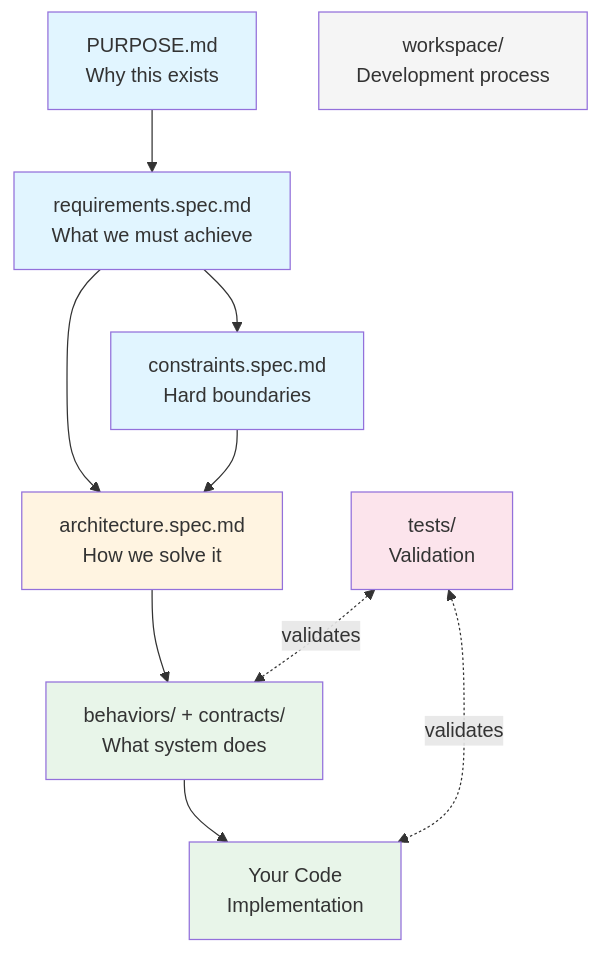
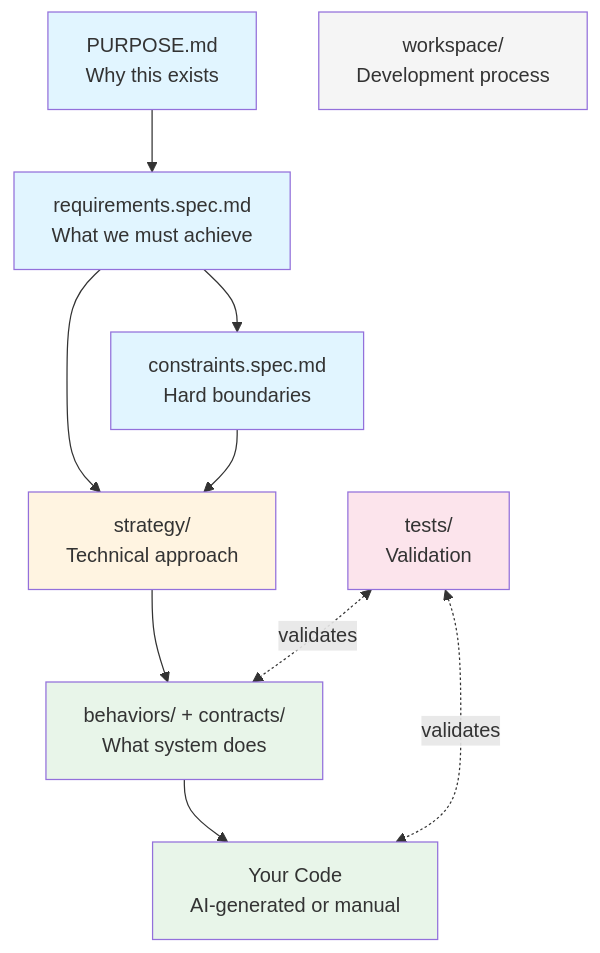
One commit to chrs-myrs/livespec changed the first of 3 diagrams in README.md. Above: the diagram before and after it, drawn with Mermaid. The commit also changed other lines of this file and 1 other file, not shown here.

First line of the commit message:
Enhance README - highlight AI code generation and simplify diagrams

````diff
--- a/README.md
+++ b/README.md
@@ -33,37 +33,37 @@
 ```mermaid
 graph TD
     %% Main Vertical Flow
     PURPOSE[PURPOSE.md<br/>Why this exists]
     REQUIREMENTS[requirements.spec.md<br/>What we must achieve]
     CONSTRAINTS[constraints.spec.md<br/>Hard boundaries]
-    ARCH[architecture.spec.md<br/>How we solve it]
+    STRATEGY[strategy/<br/>Technical approach]
     SPECS[behaviors/ + contracts/<br/>What system does]
-    CODE[Your Code<br/>Implementation]
+    CODE[Your Code<br/>AI-generated or manual]
 
     %% Validation
     TESTS[tests/<br/>Validation]
 
     %% Workspace (separate)
     WORKSPACE[workspace/<br/>Development process]
 
     %% Main Flow
     PURPOSE --> REQUIREMENTS
     REQUIREMENTS --> CONSTRAINTS
-    REQUIREMENTS --> ARCH
-    CONSTRAINTS --> ARCH
-    ARCH --> SPECS
+    REQUIREMENTS --> STRATEGY
+    CONSTRAINTS --> STRATEGY
+    STRATEGY --> SPECS
     SPECS --> CODE
 
     %% Validation
     TESTS <-.validates.-> SPECS
     TESTS <-.validates.-> CODE
 
     style PURPOSE fill:#e1f5ff
     style REQUIREMENTS fill:#e1f5ff
     style CONSTRAINTS fill:#e1f5ff
-    style ARCH fill:#fff4e1
+    style STRATEGY fill:#fff4e1
     style SPECS fill:#e8f5e9
     style CODE fill:#e8f5e9
     style TESTS fill:#fce4ec
     style WORKSPACE fill:#f5f5f5
 ```
````
